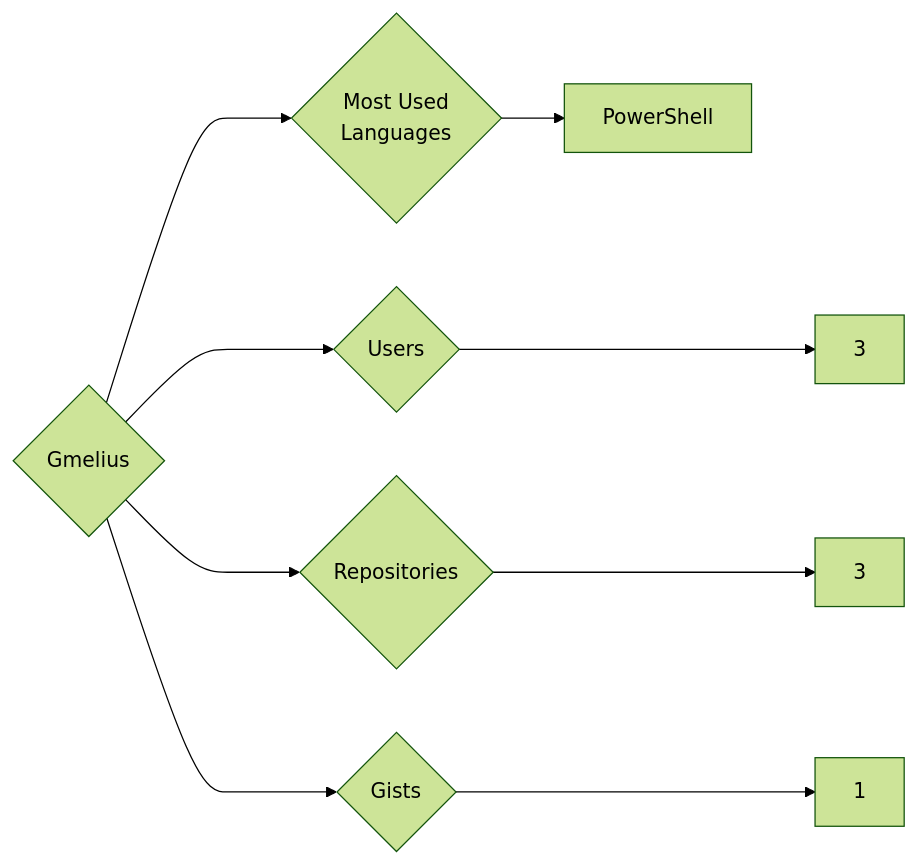
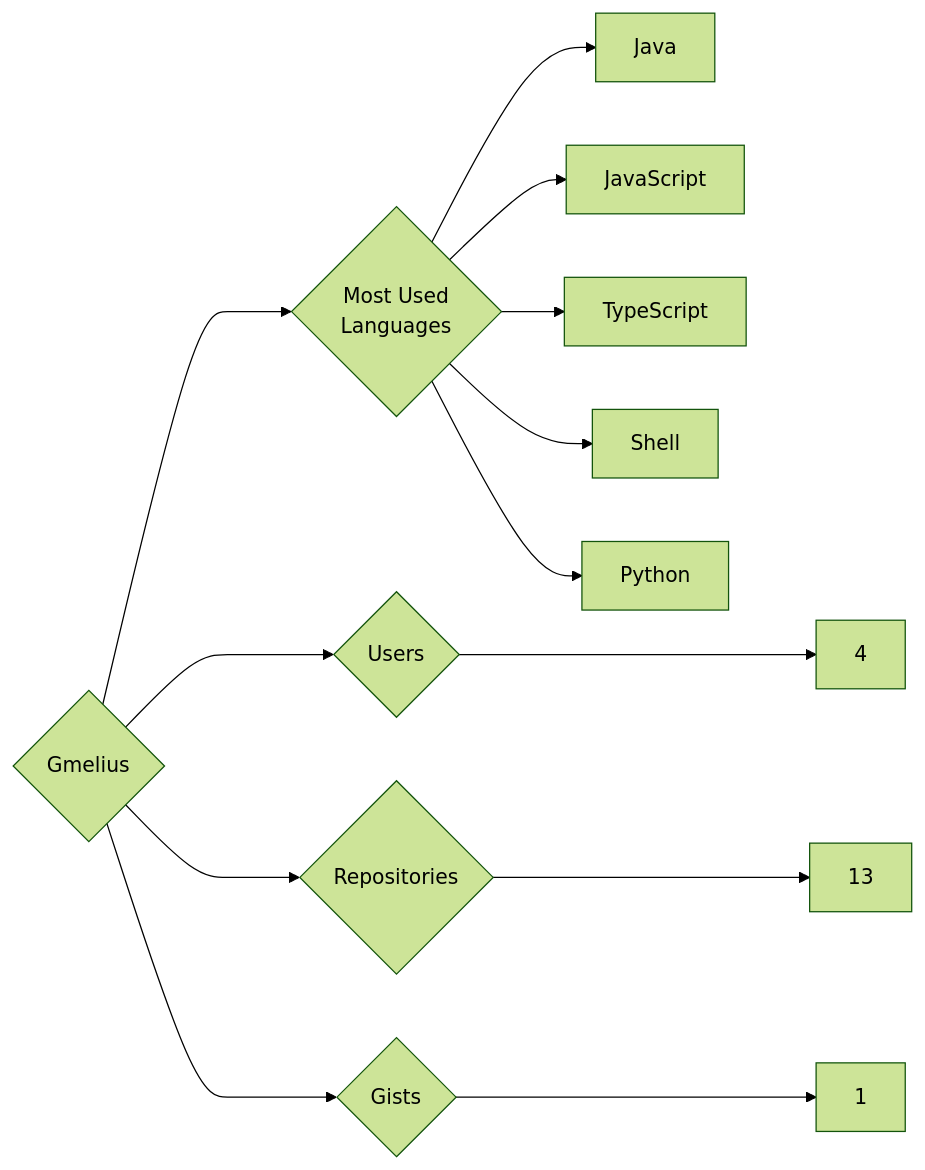
The diagram in targets/Gmelius/README.md (trickest/insiders), drawn with Mermaid (forest theme) before and after one commit. The commit also changed 997 other files, not shown here.

````diff
--- a/targets/Gmelius/README.md
+++ b/targets/Gmelius/README.md
@@ -3,9 +3,13 @@
 ```mermaid
 graph LR
 COMPANY_NAME{Gmelius}
-COMPANY_NAME ---> U{Users} ---> UN[3]
-COMPANY_NAME ---> R{Repositories} ---> RN[3]
+COMPANY_NAME ---> U{Users} ---> UN[4]
+COMPANY_NAME ---> R{Repositories} ---> RN[13]
 COMPANY_NAME ---> G{Gists} ---> GN[1]
 COMPANY_NAME ---> ML{Most Used<br>Languages}
-ML --> PowerShell[PowerShell]
+ML --> Java[Java]
+ML --> JavaScript[JavaScript]
+ML --> TypeScript[TypeScript]
+ML --> Shell[Shell]
+ML --> Python[Python]
 ```
````
